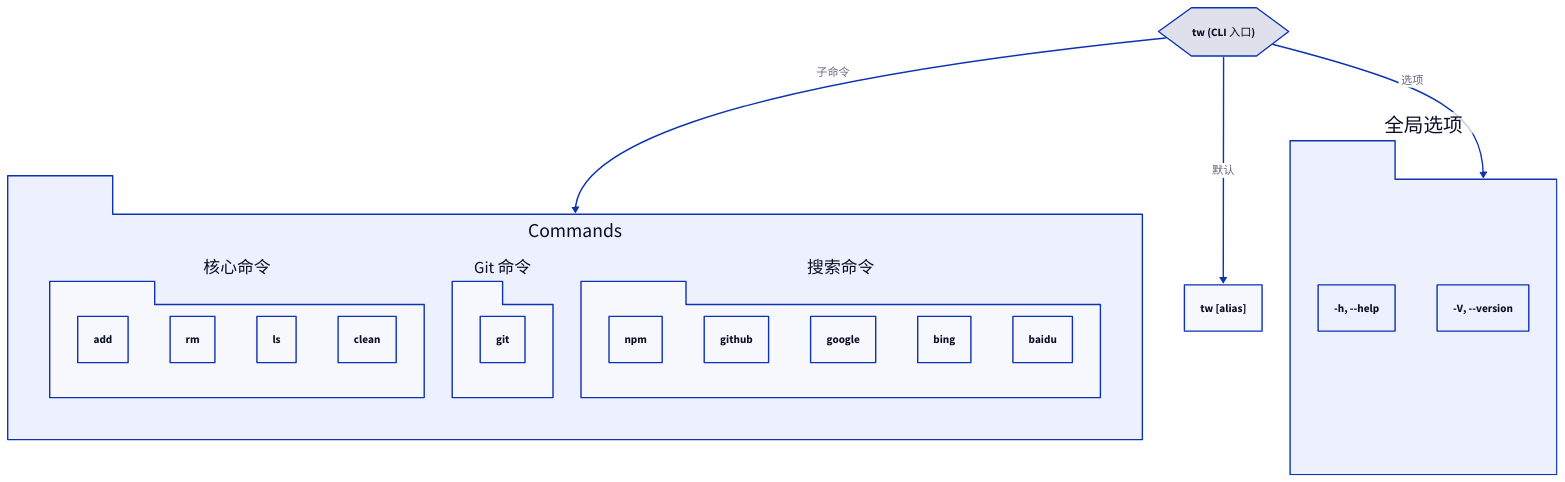
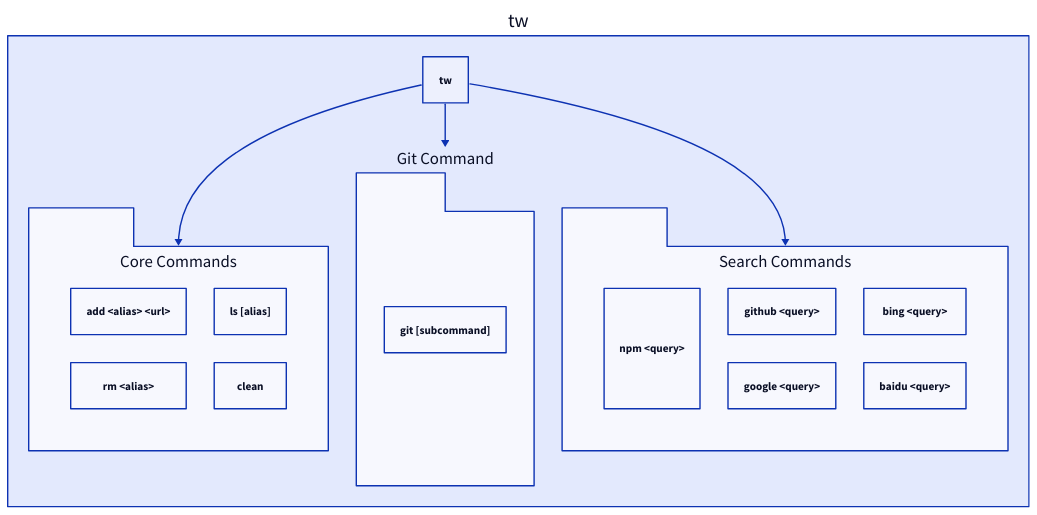
The diagram in .aigne/doc-smith/docs/command-reference.zh.md (lban2049/to-where-cli), drawn with D2 before and after one commit. The commit also changed other lines of this file and 24 other files, not shown here.

````diff
--- a/.aigne/doc-smith/docs/command-reference.zh.md
+++ b/.aigne/doc-smith/docs/command-reference.zh.md
@@ -9,50 +7,36 @@
 ```d2
 direction: down
 
-"tw": {
-  shape: hexagon
-  label: "tw (CLI 入口)"
-}
+tw: {
+  shape: rectangle
+  label: "tw"
 
-"Commands": {
-  shape: package
-  grid-columns: 3
-
-  "核心命令": {
+  "Core Commands": {
     shape: package
-    "add"
-    "rm"
-    "ls"
-    "clean"
+    grid-columns: 2
+    add: "add <alias> <url>"
+    rm: "rm <alias>"
+    ls: "ls [alias]"
+    clean: "clean"
   }
 
-  "Git 命令": {
+  "Git Command": {
     shape: package
-    "git"
+    git: "git [subcommand]"
   }
 
-  "搜索命令": {
+  "Search Commands": {
     shape: package
-    "npm"
-    "github"
-    "google"
-    "bing"
-    "baidu"
+    grid-columns: 3
+    npm: "npm <query>"
+    github: "github <query>"
+    google: "google <query>"
+    bing: "bing <query>"
+    baidu: "baidu <query>"
   }
+
+  tw -> "Core Commands"
+  tw -> "Git Command"
+  tw -> "Search Commands"
 }
-
-"默认操作": {
-  label: "tw [alias]"
-  shape: rectangle
-}
-
-"全局选项": {
-    shape: package
-    "-h, --help"
-    "-V, --version"
-}
-
-"tw" -> "默认操作": "默认"
-"tw" -> "Commands": "子命令"
-"tw" -> "全局选项": "选项"
 ```
````
